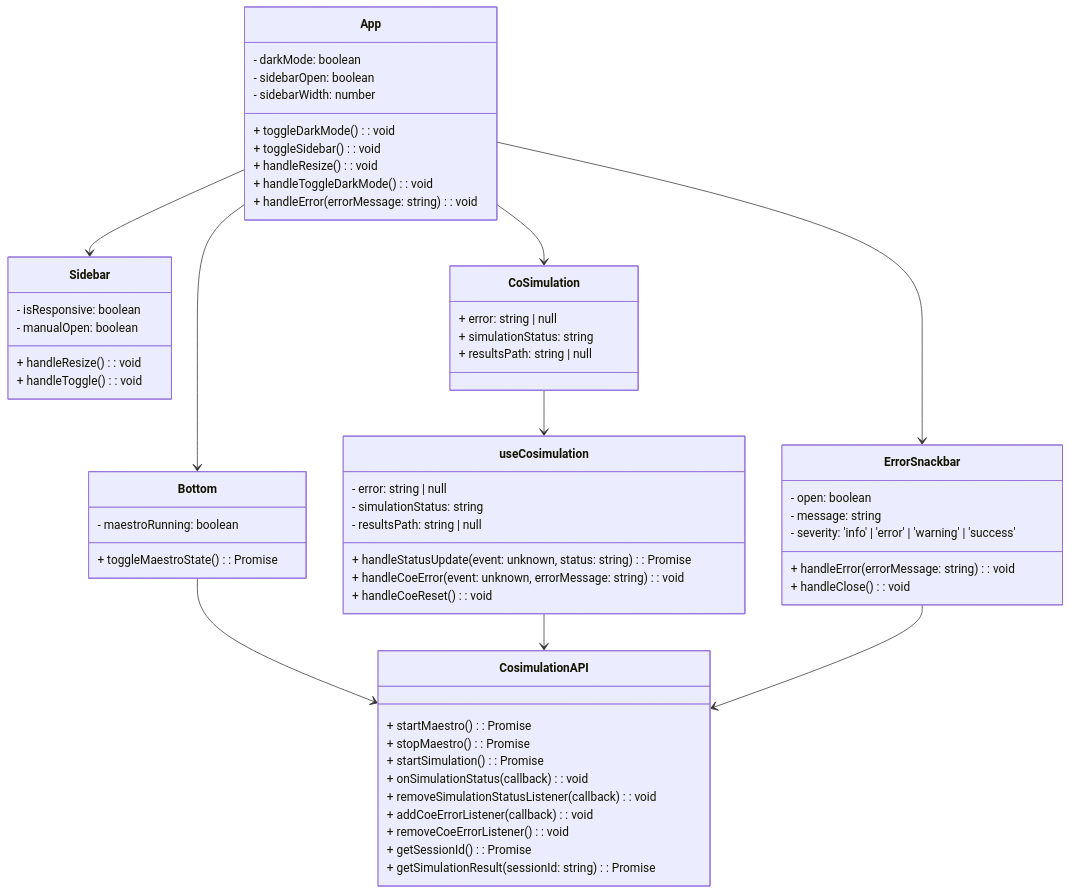
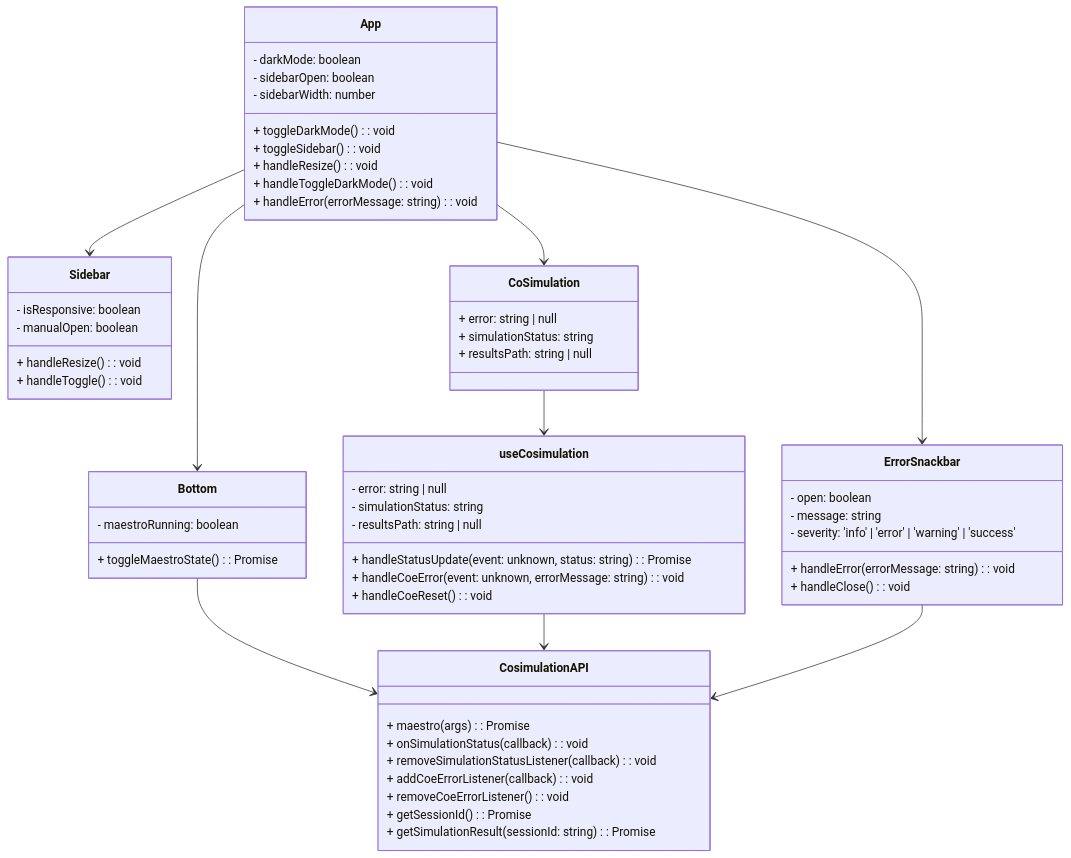
The first of 6 diagrams in docs/APPLICATION LAYERS.md (INTO-CPS-Association/into-cps-application), drawn with Mermaid before and after one commit. The commit also changed other lines of this file and 6 other files, not shown here.

````diff
--- a/docs/APPLICATION LAYERS.md
+++ b/docs/APPLICATION LAYERS.md
@@ -83,77 +89,67 @@
 ```mermaid
 classDiagram
-    %% App Component %%
     class App {
         - darkMode: boolean
         - sidebarOpen: boolean
         - sidebarWidth: number
         + toggleDarkMode(): void
         + toggleSidebar(): void
         + handleResize(): void
         + handleToggleDarkMode(): void
         + handleError(errorMessage: string): void
     }
 
-    %% Sidebar Component %%
     class Sidebar {
         - isResponsive: boolean
         - manualOpen: boolean
         + handleResize(): void
         + handleToggle(): void
     }
 
-    %% Bottom Component %%
     class Bottom {
         - maestroRunning: boolean
         + toggleMaestroState(): Promise<void>
     }
 
-    %% ErrorSnackbar Component %%
     class ErrorSnackbar {
         - open: boolean
         - message: string
         - severity: 'info' | 'error' | 'warning' | 'success'
         + handleError(errorMessage: string): void
         + handleClose(): void
     }
 
-    %% CoSimulation Component %%
     class CoSimulation {
         + error: string | null
         + simulationStatus: string
         + resultsPath: string | null
     }
 
-    %% useCosimulation Hook %%
     class useCosimulation {
         - error: string | null
         - simulationStatus: string
         - resultsPath: string | null
         + handleStatusUpdate(event: unknown, status: string): Promise<void>
         + handleCoeError(event: unknown, errorMessage: string): void
         + handleCoeReset(): void
     }
 
-    %% CosimulationAPI Interface %%
     class CosimulationAPI {
-        + startMaestro(): Promise<void>
-        + stopMaestro(): Promise<void>
-        + startSimulation(): Promise<void>
+        + maestro(args): Promise<void>
         + onSimulationStatus(callback): void
         + removeSimulationStatusListener(callback): void
         + addCoeErrorListener(callback): void
         + removeCoeErrorListener(): void
         + getSessionId(): Promise<string | null>
         + getSimulationResult(sessionId: string): Promise<string>
     }
 
-    %% Relationships %%
     App --> Sidebar
     App --> Bottom
     App --> ErrorSnackbar
     App --> CoSimulation
     CoSimulation --> useCosimulation
     Bottom --> CosimulationAPI
     useCosimulation --> CosimulationAPI
     ErrorSnackbar --> CosimulationAPI
 ```
````
